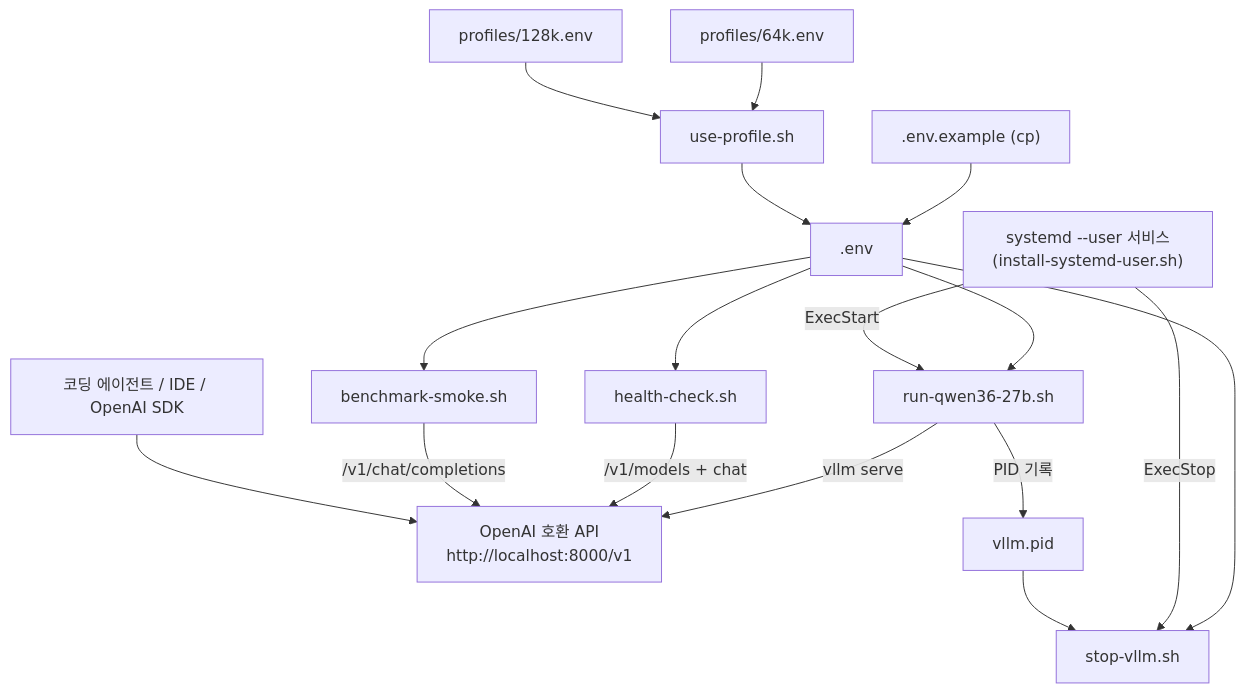
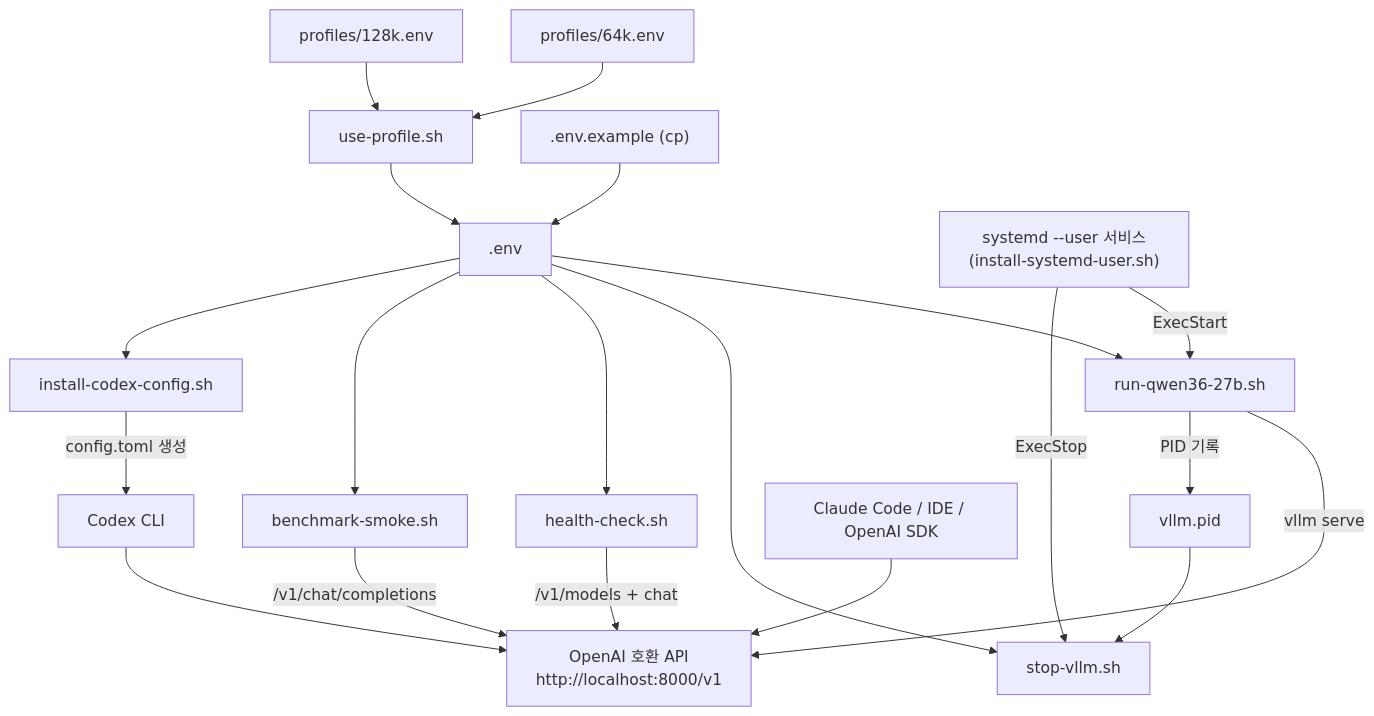
Before and after one commit to 33modeling/vllm-setting: the diagram in README.md, drawn with Mermaid. The commit also changed other lines of this file, not shown here.

````diff
--- a/README.md
+++ b/README.md
@@ -90,19 +49,22 @@
 ```mermaid
 flowchart TD
     P64["profiles/64k.env"] --> UP["use-profile.sh"]
     P128["profiles/128k.env"] --> UP
     EX[".env.example (cp)"] --> ENV[".env"]
     UP --> ENV
     ENV --> RUN["run-qwen36-27b.sh"]
     ENV --> STOP["stop-vllm.sh"]
     ENV --> HC["health-check.sh"]
     ENV --> BM["benchmark-smoke.sh"]
+    ENV --> CX["install-codex-config.sh"]
     SYSD["systemd --user 서비스<br/>(install-systemd-user.sh)"] -->|ExecStart| RUN
     SYSD -->|ExecStop| STOP
     RUN -->|vllm serve| API["OpenAI 호환 API<br/>http://localhost:8000/v1"]
     RUN -->|PID 기록| PID["vllm.pid"]
     PID --> STOP
     HC -->|/v1/models + chat| API
     BM -->|/v1/chat/completions| API
-    CLI["코딩 에이전트 / IDE / OpenAI SDK"] --> API
+    CX -->|config.toml 생성| CODEX["Codex CLI"]
+    CODEX --> API
+    CLI["Claude Code / IDE / OpenAI SDK"] --> API
 ```
````
